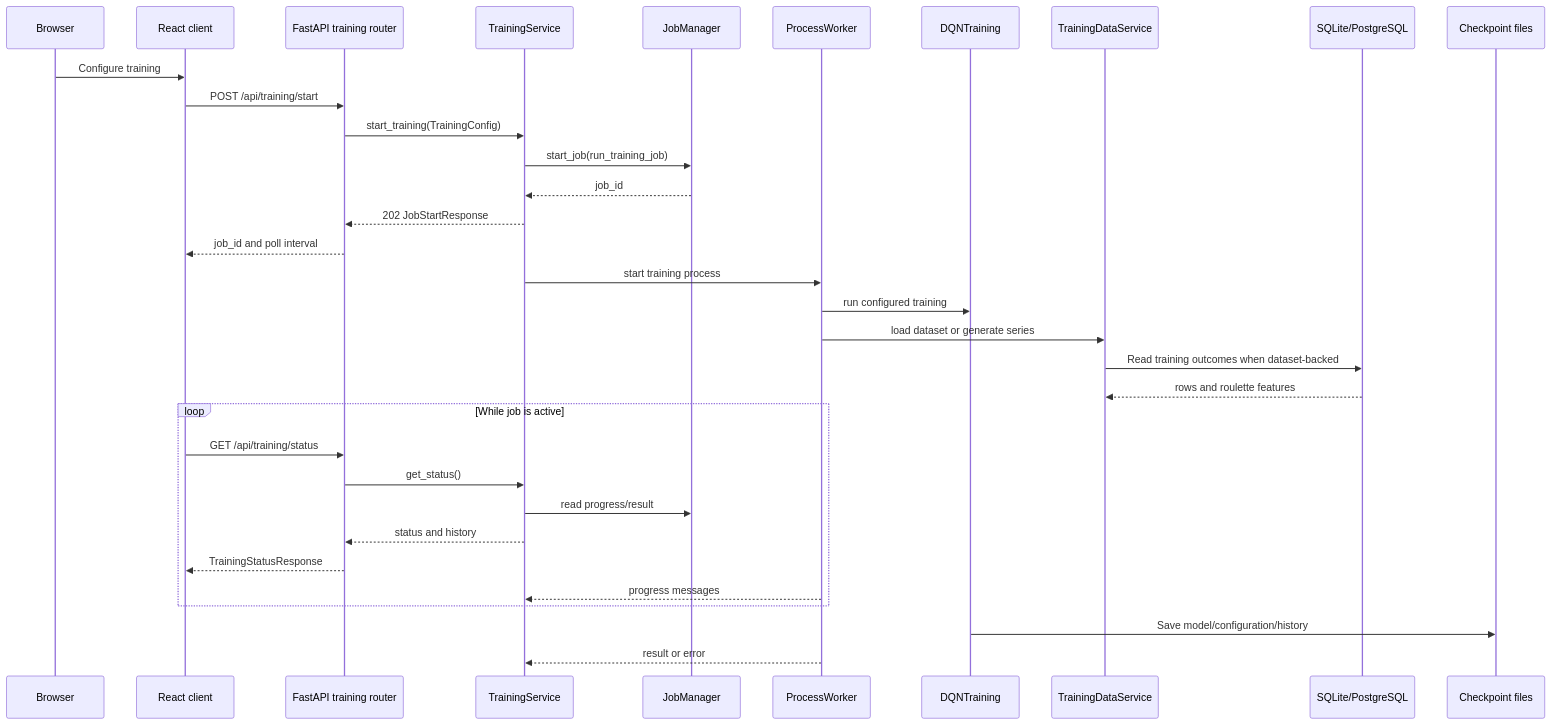
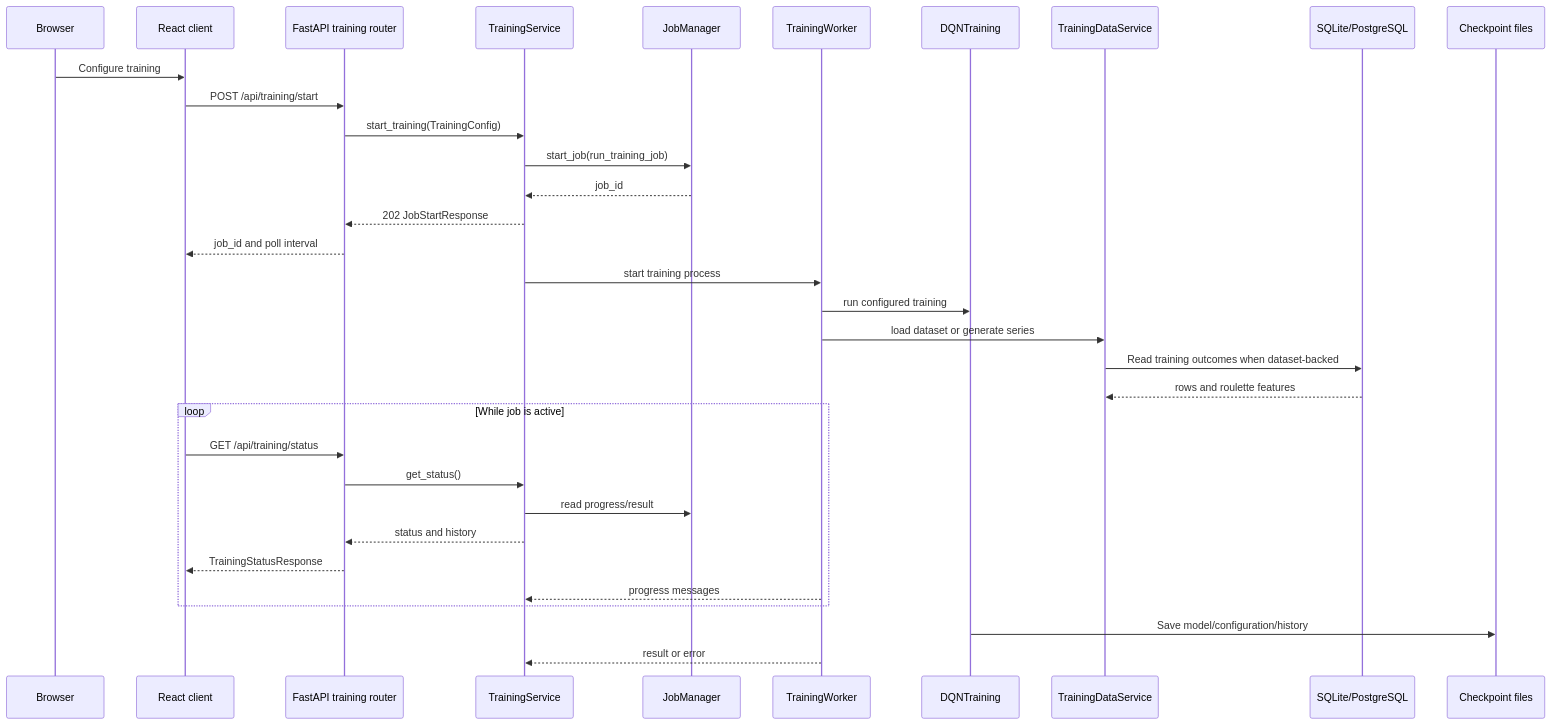
Before and after one commit to CTCycle/FAIRS-Roulette-Player: the third of 5 diagrams in assets/docs/architecture/execution_and_data_flow.md, drawn with Mermaid. The commit also changed other lines of this file and 2 other files, not shown here.

````diff
--- a/assets/docs/architecture/execution_and_data_flow.md
+++ b/assets/docs/architecture/execution_and_data_flow.md
@@ -114,36 +113,36 @@
 ```mermaid
 sequenceDiagram
     participant Browser
     participant Client as React client
     participant API as FastAPI training router
     participant Service as TrainingService
     participant Jobs as JobManager
-    participant Worker as ProcessWorker
+    participant Worker as TrainingWorker
     participant ML as DQNTraining
     participant Data as TrainingDataService
     participant DB as SQLite/PostgreSQL
     participant Files as Checkpoint files
 
     Browser->>Client: Configure training
     Client->>API: POST /api/training/start
     API->>Service: start_training(TrainingConfig)
     Service->>Jobs: start_job(run_training_job)
     Jobs-->>Service: job_id
     Service-->>API: 202 JobStartResponse
     API-->>Client: job_id and poll interval
     Service->>Worker: start training process
     Worker->>ML: run configured training
     Worker->>Data: load dataset or generate series
     Data->>DB: Read training outcomes when dataset-backed
     DB-->>Data: rows and roulette features
     loop While job is active
         Client->>API: GET /api/training/status
         API->>Service: get_status()
         Service->>Jobs: read progress/result
         Service-->>API: status and history
         API-->>Client: TrainingStatusResponse
         Worker-->>Service: progress messages
     end
     ML->>Files: Save model/configuration/history
     Worker-->>Service: result or error
 ```
````
